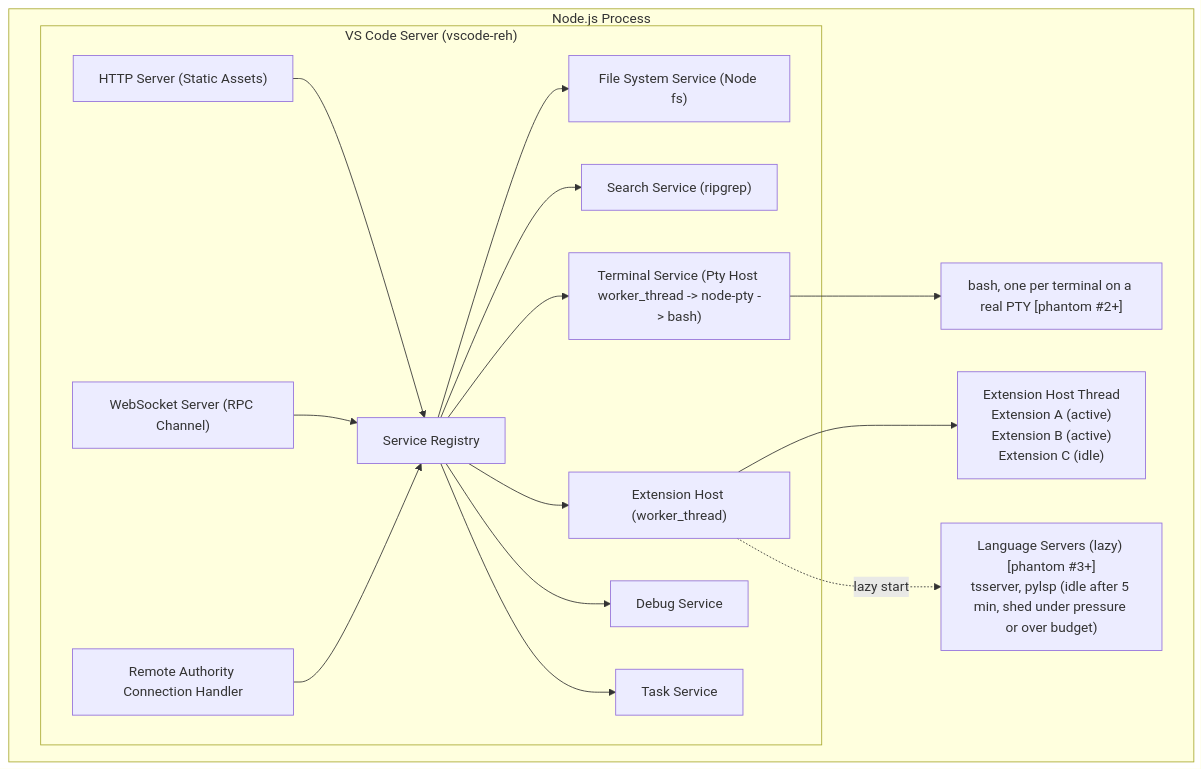
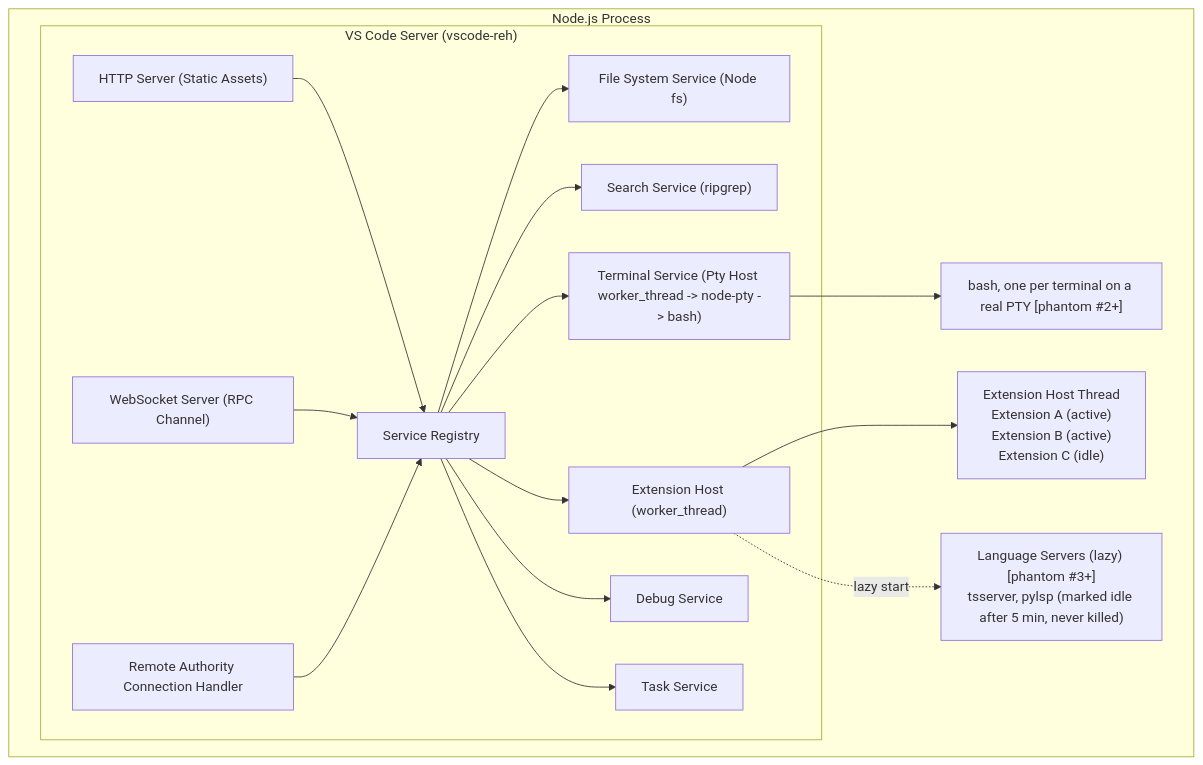
One commit to rmyndharis/VSCodroid changed the fourth of 12 diagrams in docs/03-ARCHITECTURE.md. Above: the diagram before and after it, drawn with Mermaid. The commit also changed other lines of this file and 13 other files, not shown here.

````diff
--- a/docs/03-ARCHITECTURE.md
+++ b/docs/03-ARCHITECTURE.md
@@ -120,30 +120,30 @@
 ```mermaid
 flowchart TD
   subgraph NODEPROC["Node.js Process"]
     subgraph VSS["VS Code Server (vscode-reh)"]
       HTTP["HTTP Server (Static Assets)"]
       WS["WebSocket Server (RPC Channel)"]
       RA["Remote Authority Connection Handler"]
       REG["Service Registry"]
       FS["File System Service (Node fs)"]
       SEARCH["Search Service (ripgrep)"]
       TERM["Terminal Service (Pty Host worker_thread -> node-pty -> bash)"]
       EXTHOST["Extension Host (worker_thread)"]
       DEBUG["Debug Service"]
       TASK["Task Service"]
       HTTP --> REG
       WS --> REG
       RA --> REG
       REG --> FS
       REG --> SEARCH
       REG --> TERM
       REG --> EXTHOST
       REG --> DEBUG
       REG --> TASK
     end
 
     EXTHOST --> THREAD["Extension Host Thread<br/>Extension A (active)<br/>Extension B (active)<br/>Extension C (idle)"]
     TERM --> BASH["bash, one per terminal on a real PTY [phantom #2+]"]
-    EXTHOST -. lazy start .-> LS["Language Servers (lazy) [phantom #3+]<br/>tsserver, pylsp (idle after 5 min, shed under pressure or over budget)"]
+    EXTHOST -. lazy start .-> LS["Language Servers (lazy) [phantom #3+]<br/>tsserver, pylsp (marked idle after 5 min, never killed)"]
   end
 ```
````
